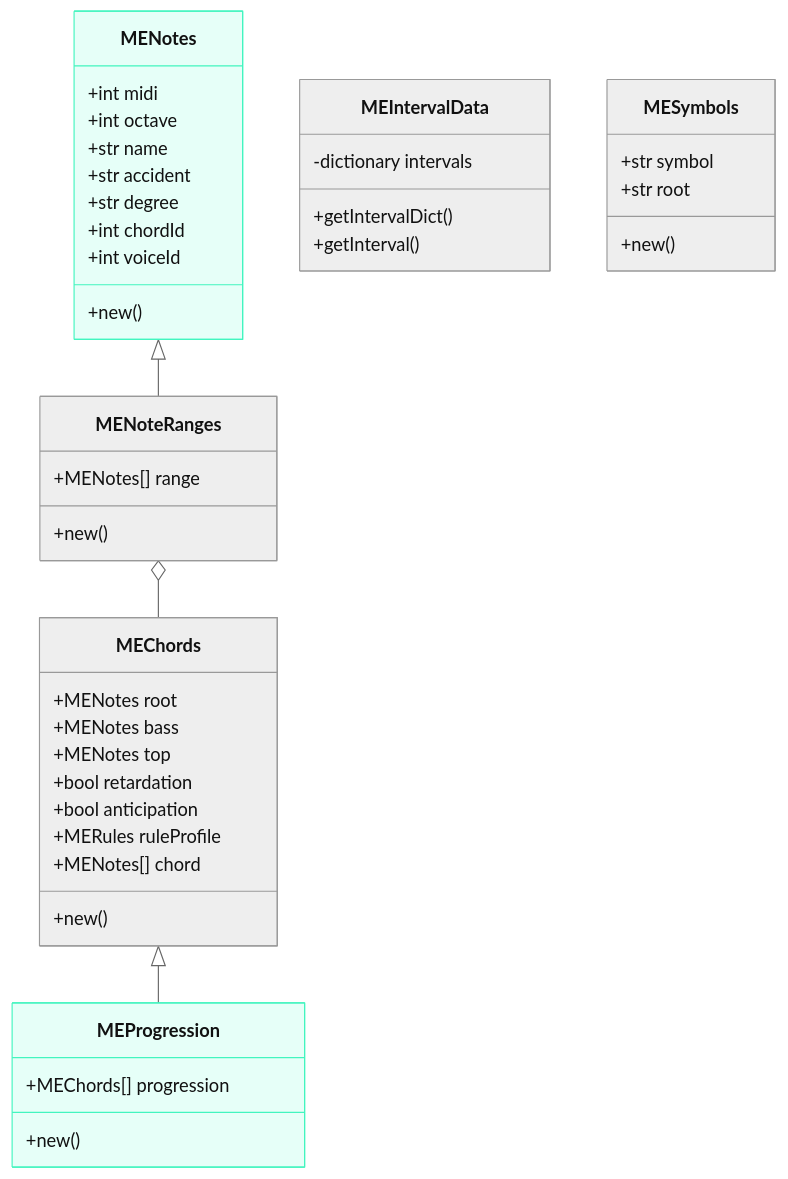
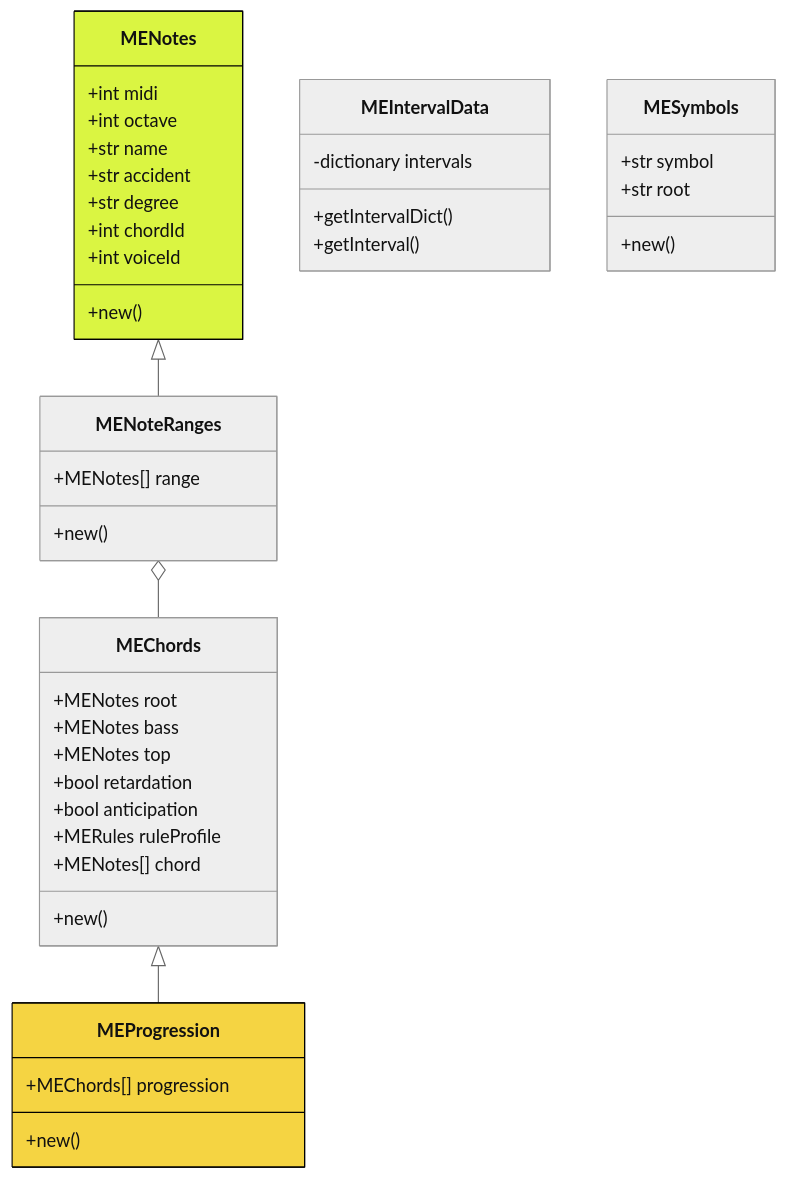
The diagram in README.md (iamsiriil/sc_musicengine), drawn with Mermaid (neutral theme) before and after one commit.

Commit message:
readme update

````diff
--- a/README.md
+++ b/README.md
@@ -11,52 +11,52 @@
 ```mermaid
 classDiagram
     MENotes <|-- MENoteRanges
     MENoteRanges o-- MEChords
     MEChords <|-- MEProgression
     class MENotes {
         +int midi
         +int octave
         +str name
         +str accident
         +str degree
         +int chordId
         +int voiceId
         +new()
     }
     %%style MENotes stroke:#42f5bf,fill:#e6fff8
 
     class MENoteRanges {
         +MENotes[] range
         +new()
     }
 
     class MEIntervalData {
         -dictionary intervals
         +getIntervalDict()
         +getInterval()
     }
 
     class MESymbols {
         +str symbol
         +str root
         +new()
     }
 
     class MEChords {
         +MENotes root
         +MENotes bass
         +MENotes top
         +bool retardation
         +bool anticipation
         +MERules ruleProfile
         +MENotes[] chord
         +new()
     }
 
     class MEProgression {
         +MEChords[] progression
         +new()
     }
-    style MENotes fill:#e6fff8,stroke:#42f5bf
-    style MEProgression fill:#e6fff8,stroke:#42f5bf
+    style MENotes fill:#daf542,stroke:#000
+    style MEProgression fill:#f5d442,stroke:#000
 ```
````
